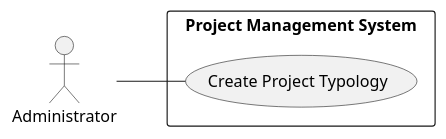
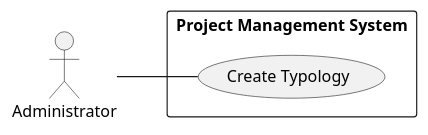
One commit to ivo-menezes/project_g3 changed the diagram in docs/modelling_design/user_stories/us007/US007_CreateProjectTypologyUCD.puml. Above: the diagram before and after it, drawn with PlantUML. The commit also changed 5 other files, not shown here.

```diff
--- a/docs/modelling_design/user_stories/us007/US007_CreateProjectTypologyUCD.puml
+++ b/docs/modelling_design/user_stories/us007/US007_CreateProjectTypologyUCD.puml
@@ -1,10 +1,10 @@
 @startuml
 left to right direction
 
 "Administrator"
 
 rectangle "Project Management System"{
-Administrator -- (Create Project Typology)
+Administrator -- (Create Typology)
 }
 
 @enduml
```
